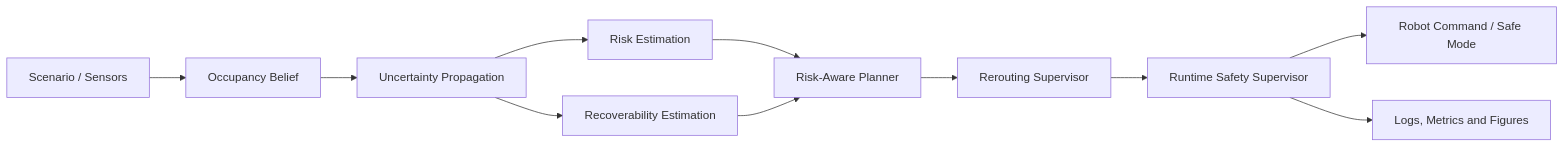
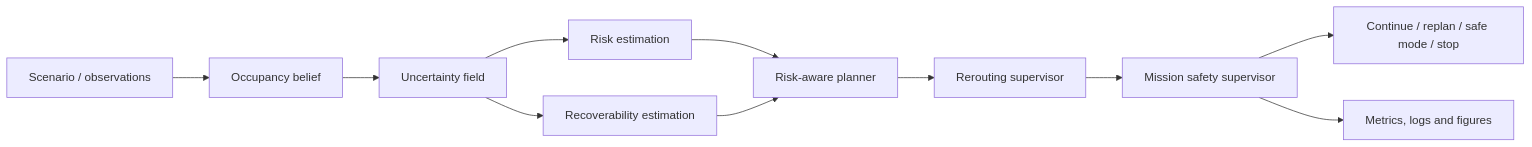
Before and after one commit to panagiotagrosdouli/DynNav: the diagram in README.md, drawn with Mermaid. The commit also changed other lines of this file, not shown here.

````diff
--- a/README.md
+++ b/README.md
@@ -85,13 +86,13 @@
 ```mermaid
-graph LR
-    A[Scenario / Sensors] --> B[Occupancy Belief]
-    B --> C[Uncertainty Propagation]
-    C --> D[Risk Estimation]
-    C --> E[Recoverability Estimation]
-    D --> F[Risk-Aware Planner]
-    E --> F
-    F --> G[Rerouting Supervisor]
-    G --> H[Runtime Safety Supervisor]
-    H --> I[Robot Command / Safe Mode]
-    H --> J[Logs, Metrics and Figures]
+flowchart LR
+    S[Scenario / observations] --> B[Occupancy belief]
+    B --> U[Uncertainty field]
+    U --> R[Risk estimation]
+    U --> G[Recoverability estimation]
+    R --> P[Risk-aware planner]
+    G --> P
+    P --> T[Rerouting supervisor]
+    T --> M[Mission safety supervisor]
+    M --> C[Continue / replan / safe mode / stop]
+    M --> L[Metrics, logs and figures]
 ```
````
